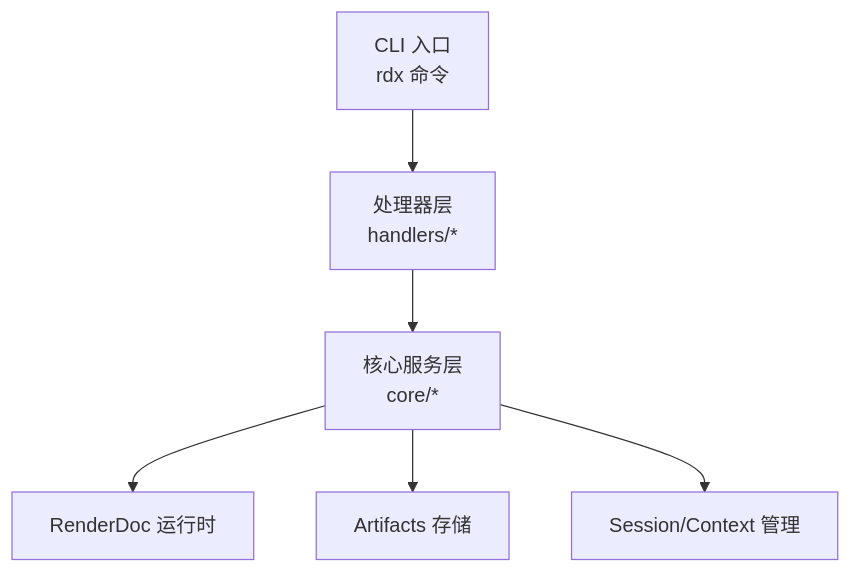
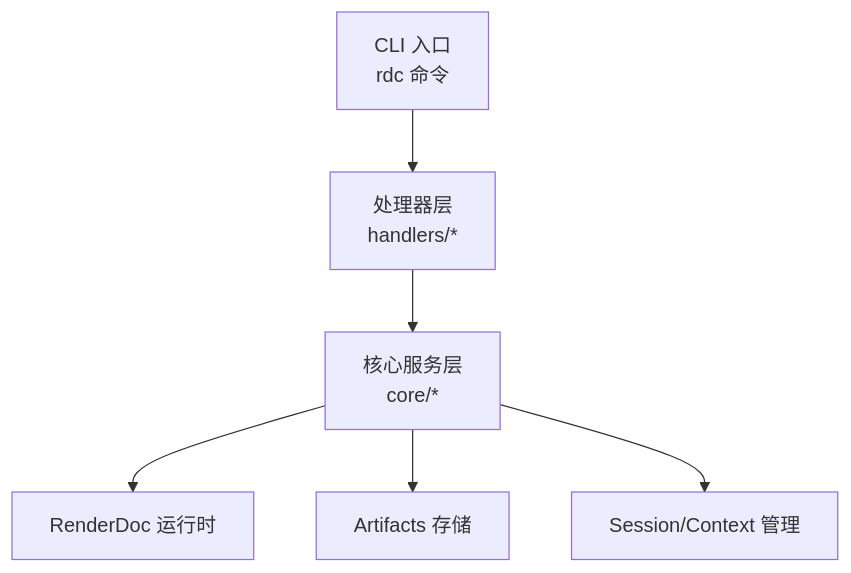
Before and after one commit to haolange/RDC-Tool: the first of 6 diagrams in .qoder/repowiki/zh/content/故障排除/调试工具使用.md, drawn with Mermaid. The commit also changed other lines of this file and 388 other files, not shown here.

````diff
--- a/.qoder/repowiki/zh/content/故障排除/调试工具使用.md
+++ b/.qoder/repowiki/zh/content/故障排除/调试工具使用.md
@@ -47,8 +47,8 @@
 ```mermaid
 graph TB
-CLI["CLI 入口<br/>rdx 命令"] --> Handlers["处理器层<br/>handlers/*"]
+CLI["CLI 入口<br/>rdc 命令"] --> Handlers["处理器层<br/>handlers/*"]
 Handlers --> Core["核心服务层<br/>core/*"]
 Core --> RD["RenderDoc 运行时"]
 Core --> Artifacts["Artifacts 存储"]
 Core --> Session["Session/Context 管理"]
 ```
````
